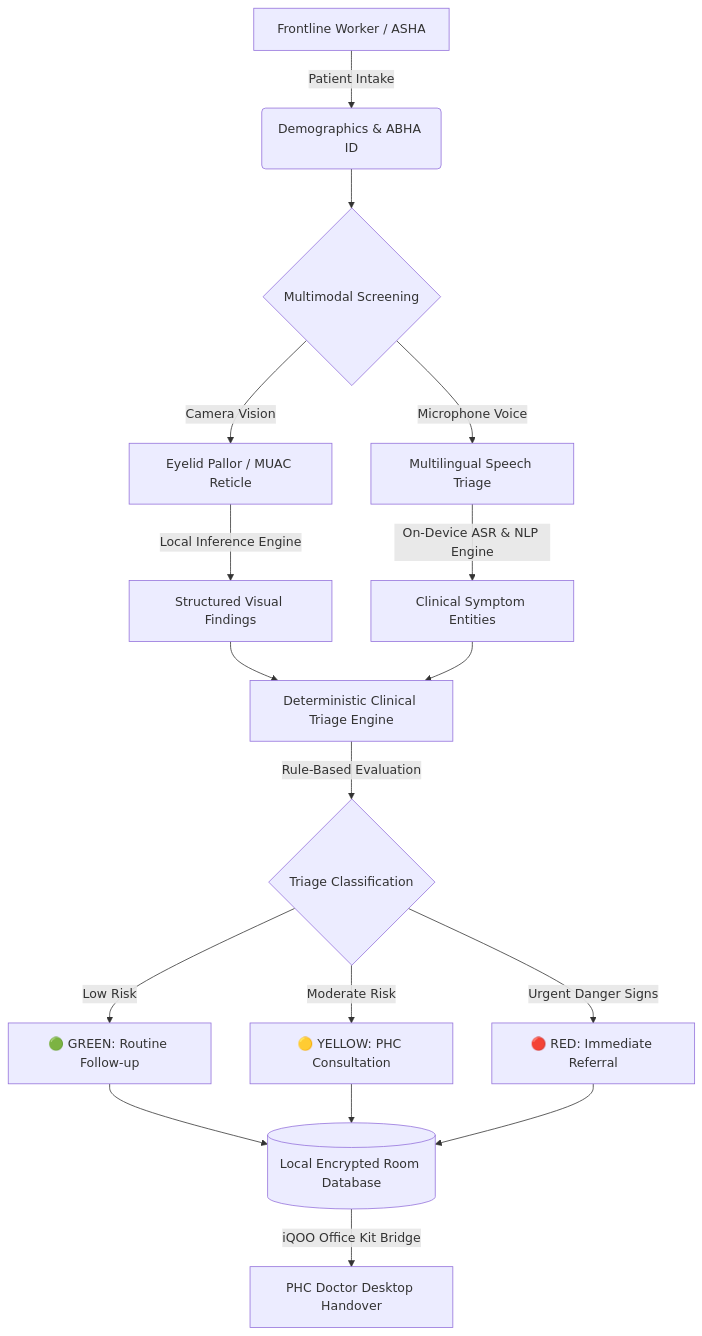
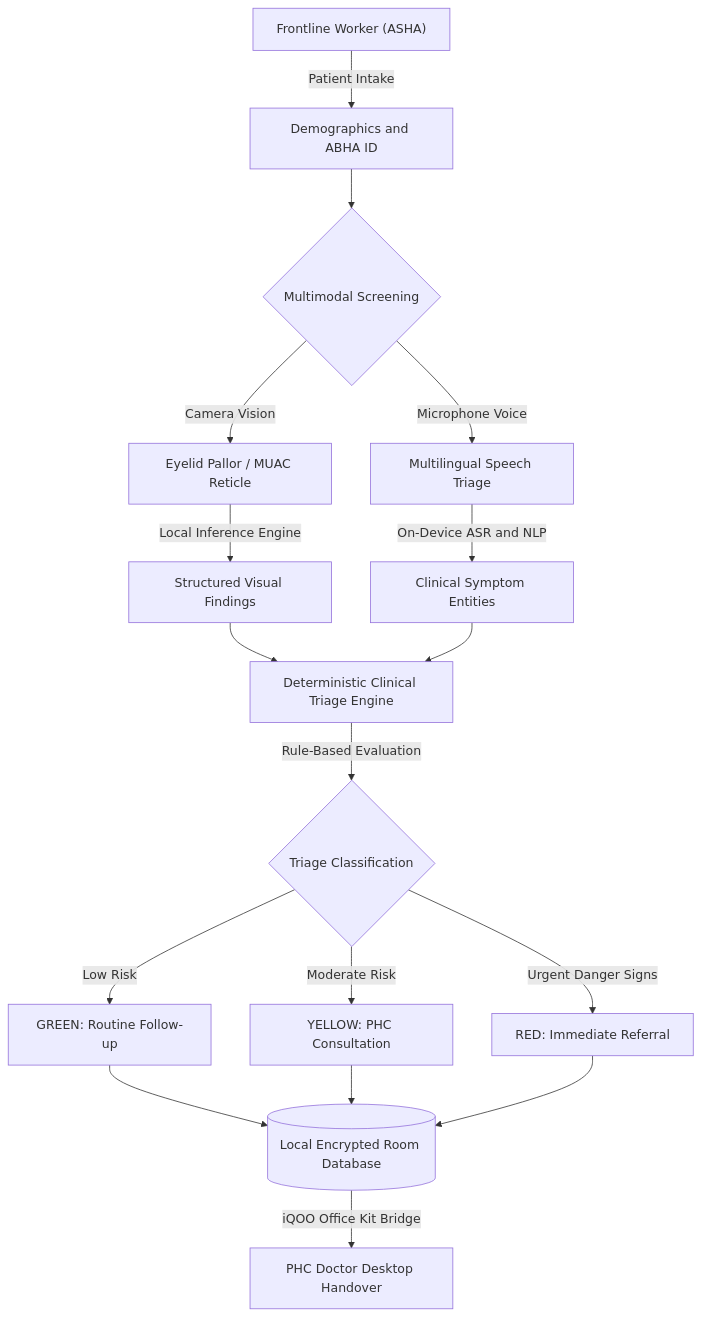
Before and after one commit to SarthakNC/Nidan-AI---IQOO-INDIA-HACKATHON-IDEA-SUBMISSION: the first of 4 diagrams in README.md, drawn with Mermaid. The commit also changed other lines of this file, not shown here.

Commit message:
docs: refine mermaid architecture diagram in README

````diff
--- a/README.md
+++ b/README.md
@@ -47,25 +47,25 @@
 ```mermaid
 flowchart TD
-    A[Frontline Worker / ASHA] -->|Patient Intake| B(Demographics & ABHA ID)
-    B --> C{Multimodal Screening}
+    A["Frontline Worker (ASHA)"] -->|"Patient Intake"| B["Demographics and ABHA ID"]
+    B --> C{"Multimodal Screening"}
     
-    C -->|Camera Vision| D[Eyelid Pallor / MUAC Reticle]
-    C -->|Microphone Voice| E[Multilingual Speech Triage]
+    C -->|"Camera Vision"| D["Eyelid Pallor / MUAC Reticle"]
+    C -->|"Microphone Voice"| E["Multilingual Speech Triage"]
     
-    D -->|Local Inference Engine| F[Structured Visual Findings]
-    E -->|On-Device ASR & NLP Engine| G[Clinical Symptom Entities]
+    D -->|"Local Inference Engine"| F["Structured Visual Findings"]
+    E -->|"On-Device ASR and NLP"| G["Clinical Symptom Entities"]
     
-    F --> H[Deterministic Clinical Triage Engine]
+    F --> H["Deterministic Clinical Triage Engine"]
     G --> H
     
-    H -->|Rule-Based Evaluation| I{Triage Classification}
-    I -->|Low Risk| J[🟢 GREEN: Routine Follow-up]
-    I -->|Moderate Risk| K[🟡 YELLOW: PHC Consultation]
-    I -->|Urgent Danger Signs| L[🔴 RED: Immediate Referral]
+    H -->|"Rule-Based Evaluation"| I{"Triage Classification"}
+    I -->|"Low Risk"| J["GREEN: Routine Follow-up"]
+    I -->|"Moderate Risk"| K["YELLOW: PHC Consultation"]
+    I -->|"Urgent Danger Signs"| L["RED: Immediate Referral"]
     
-    J --> M[(Local Encrypted Room Database)]
+    J --> M[("Local Encrypted Room Database")]
     K --> M
     L --> M
     
-    M -->|iQOO Office Kit Bridge| N[PHC Doctor Desktop Handover]
+    M -->|"iQOO Office Kit Bridge"| N["PHC Doctor Desktop Handover"]
 ```
````
